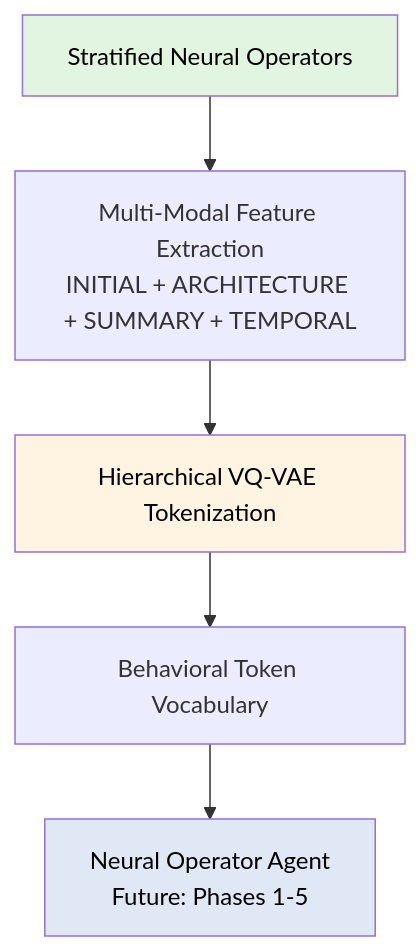
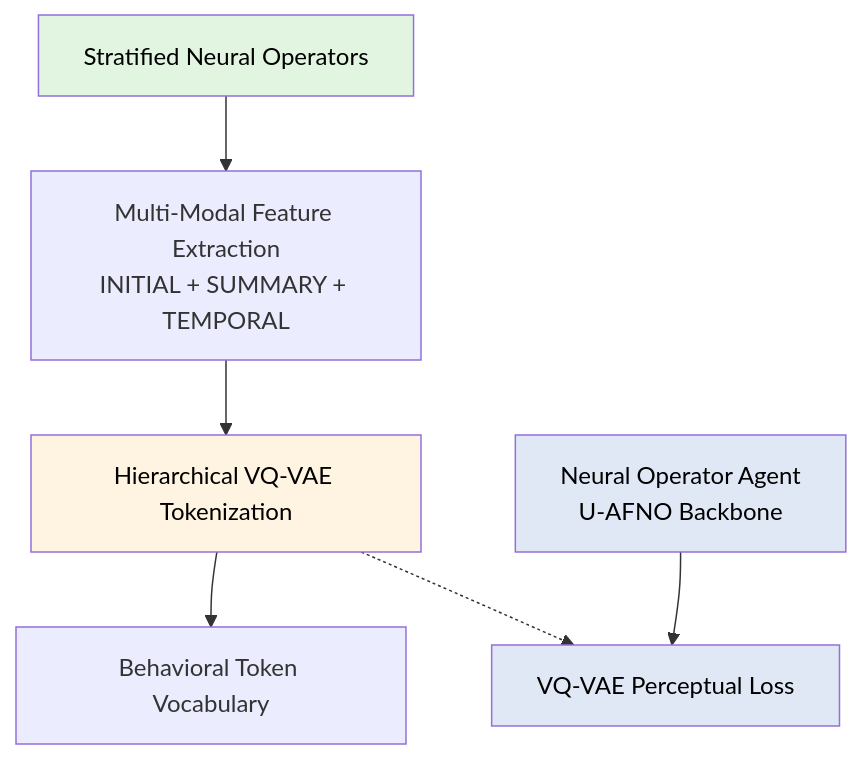
The diagram in README.md (dgabriele/spinlock), drawn with Mermaid before and after one commit. The commit also changed other lines of this file and 4 other files, not shown here.

````diff
--- a/README.md
+++ b/README.md
@@ -176,17 +180,20 @@
 ```mermaid
 flowchart TD
     NO[Stratified Neural Operators]
-    FE[Multi-Modal Feature Extraction<br/>INITIAL + ARCHITECTURE + SUMMARY + TEMPORAL]
+    FE[Multi-Modal Feature Extraction<br/>INITIAL + SUMMARY + TEMPORAL]
     VQVAE[Hierarchical VQ-VAE Tokenization]
     Tokens[Behavioral Token Vocabulary]
-    NOA[Neural Operator Agent<br/>Future: Phases 1-5]
+    NOA[Neural Operator Agent<br/>U-AFNO Backbone]
+    VQLoss[VQ-VAE Perceptual Loss]
 
     NO --> FE
     FE --> VQVAE
     VQVAE --> Tokens
-    Tokens --> NOA
+    VQVAE -.-> VQLoss
+    NOA --> VQLoss
 
     style NO fill:#e1f5e1,color:#000
     style VQVAE fill:#fff4e1,color:#000
     style NOA fill:#e1e8f5,color:#000
+    style VQLoss fill:#e1e8f5,color:#000
 ```
````
